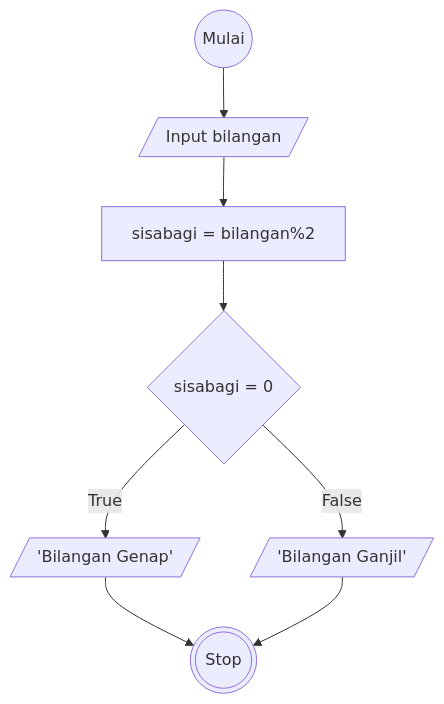
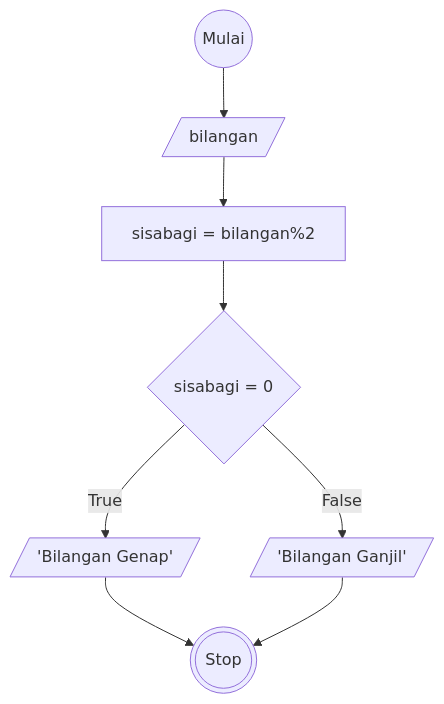
One commit to MuhamadRafliShidiq/koda-b8-algoritma changed the diagram in ganjil-genap.md. Above: the diagram before and after it, drawn with Mermaid.

````diff
--- a/ganjil-genap.md
+++ b/ganjil-genap.md
@@ -18,23 +18,23 @@
 ```mermaid
 
     flowchart TD
 
     a@{ shape: circle, label: "Mulai" }
-    b@{ shape: lean-r, label: "Input bilangan" }
+    b@{ shape: lean-r, label: "bilangan" }
     c@{ shape: rect, label: "sisabagi = bilangan%2" }
     d@{ shape: diamond, label: "sisabagi = 0 " }
     e@{ shape: lean-r, label: "'Bilangan Genap'" }
     f@{ shape: lean-r, label: "'Bilangan Ganjil'" }
     g@{ shape: dbl-circ, label: "Stop" }
 
     a --> b
     b --> c
     c --> d
     d --True--> e
     d --False--> f
     e --> g
     f --> g
 
 
 
 ```
````
